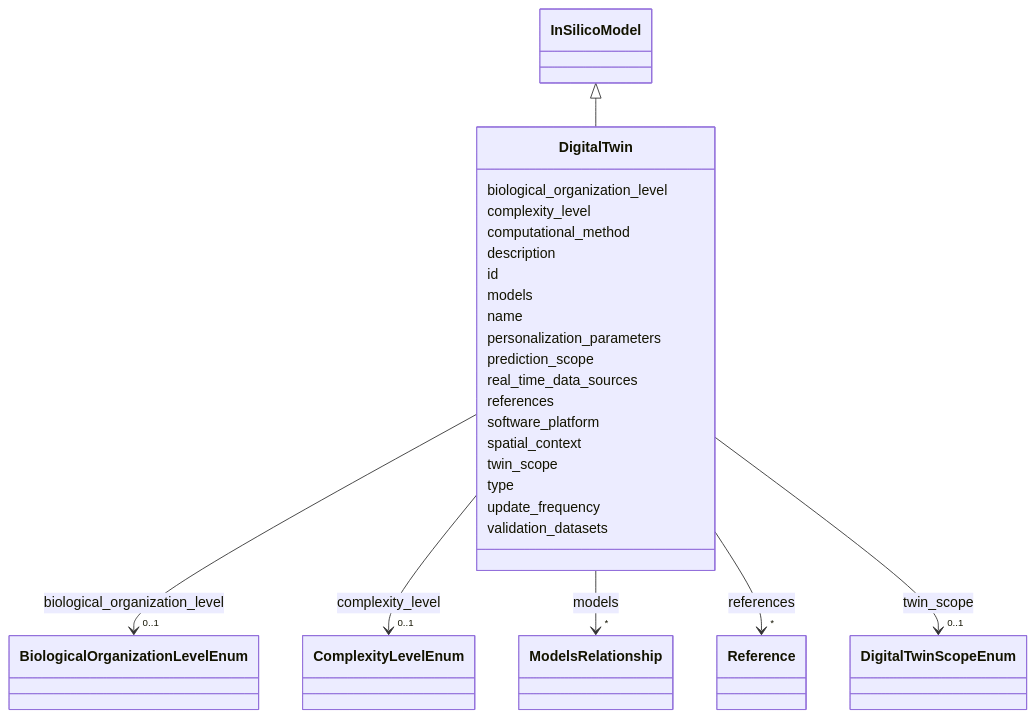
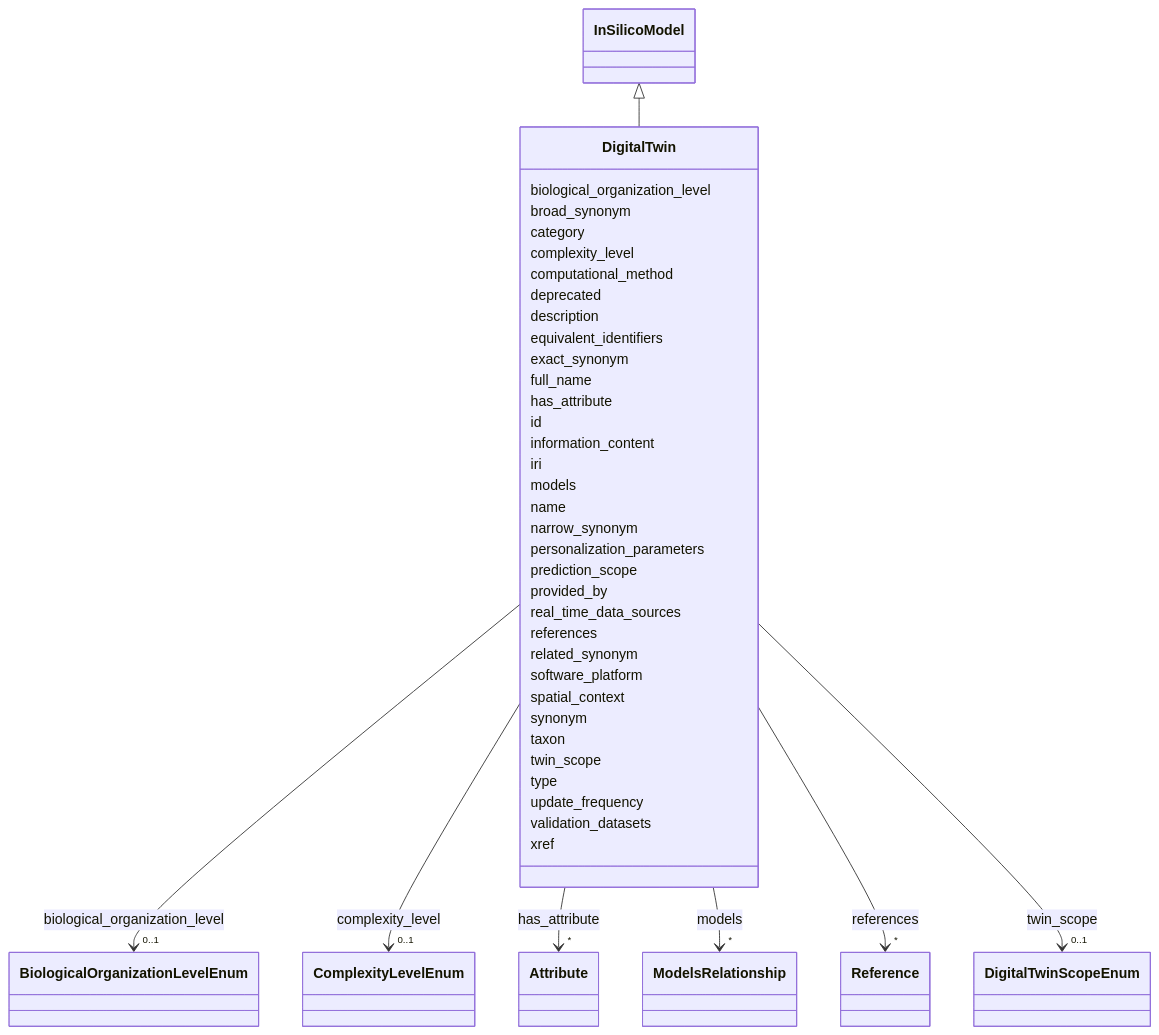
One commit to monarch-initiative/namo changed the diagram in docs/elements/DigitalTwin.md. Above: the diagram before and after it, drawn with Mermaid. The commit also changed other lines of this file and 1232 other files, not shown here.

````diff
--- a/docs/elements/DigitalTwin.md
+++ b/docs/elements/DigitalTwin.md
@@ -33,6 +38,10 @@
     
 
         
+      DigitalTwin : broad_synonym
+        
+      DigitalTwin : category
+        
       DigitalTwin : complexity_level
         
           
@@ -46,9 +55,32 @@
         
       DigitalTwin : computational_method
         
+      DigitalTwin : deprecated
+        
       DigitalTwin : description
         
+      DigitalTwin : equivalent_identifiers
+        
+      DigitalTwin : exact_synonym
+        
+      DigitalTwin : full_name
+        
+      DigitalTwin : has_attribute
+        
+          
+    
+        
+        
+        DigitalTwin --> "*" Attribute : has_attribute
+        click Attribute href "../Attribute/"
+    
+
+        
       DigitalTwin : id
+        
+      DigitalTwin : information_content
+        
+      DigitalTwin : iri
         
       DigitalTwin : models
         
@@ -63,9 +95,13 @@
         
       DigitalTwin : name
         
+      DigitalTwin : narrow_synonym
+        
       DigitalTwin : personalization_parameters
         
       DigitalTwin : prediction_scope
+        
+      DigitalTwin : provided_by
         
       DigitalTwin : real_time_data_sources
         
@@ -80,9 +116,15 @@
     
 
         
+      DigitalTwin : related_synonym
+        
       DigitalTwin : software_platform
         
       DigitalTwin : spatial_context
+        
+      DigitalTwin : synonym
+        
+      DigitalTwin : taxon
         
       DigitalTwin : twin_scope
         
@@ -101,5 +143,7 @@
         
       DigitalTwin : validation_datasets
         
+      DigitalTwin : xref
+        
       
 ```
````
